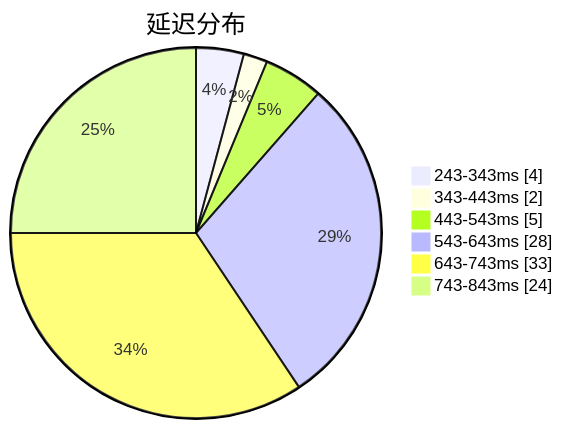
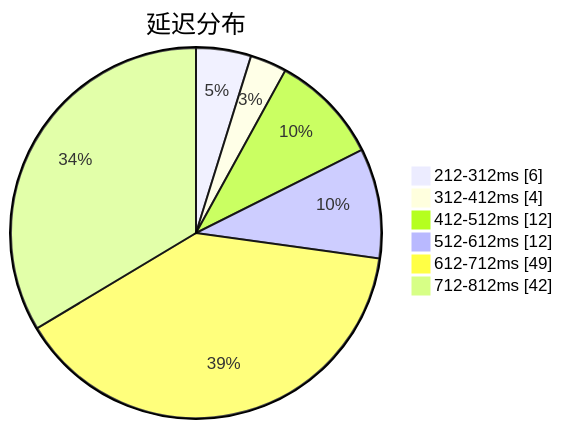
The first of 3 diagrams in subs/statistics/tested_within.md (qjlxg/airport), drawn with Mermaid before and after one commit. The commit also changed other lines of this file and 2 other files, not shown here.

Commit message:
Tested by metaST

````diff
--- a/subs/statistics/tested_within.md
+++ b/subs/statistics/tested_within.md
@@ -2,10 +2,10 @@
 ```mermaid
 pie showData
 title 延迟分布
-"243-343ms" : 4
-"343-443ms" : 2
-"443-543ms" : 5
-"543-643ms" : 28
-"643-743ms" : 33
-"743-843ms" : 24
+"212-312ms" : 6
+"312-412ms" : 4
+"412-512ms" : 12
+"512-612ms" : 12
+"612-712ms" : 49
+"712-812ms" : 42
 ```
````
